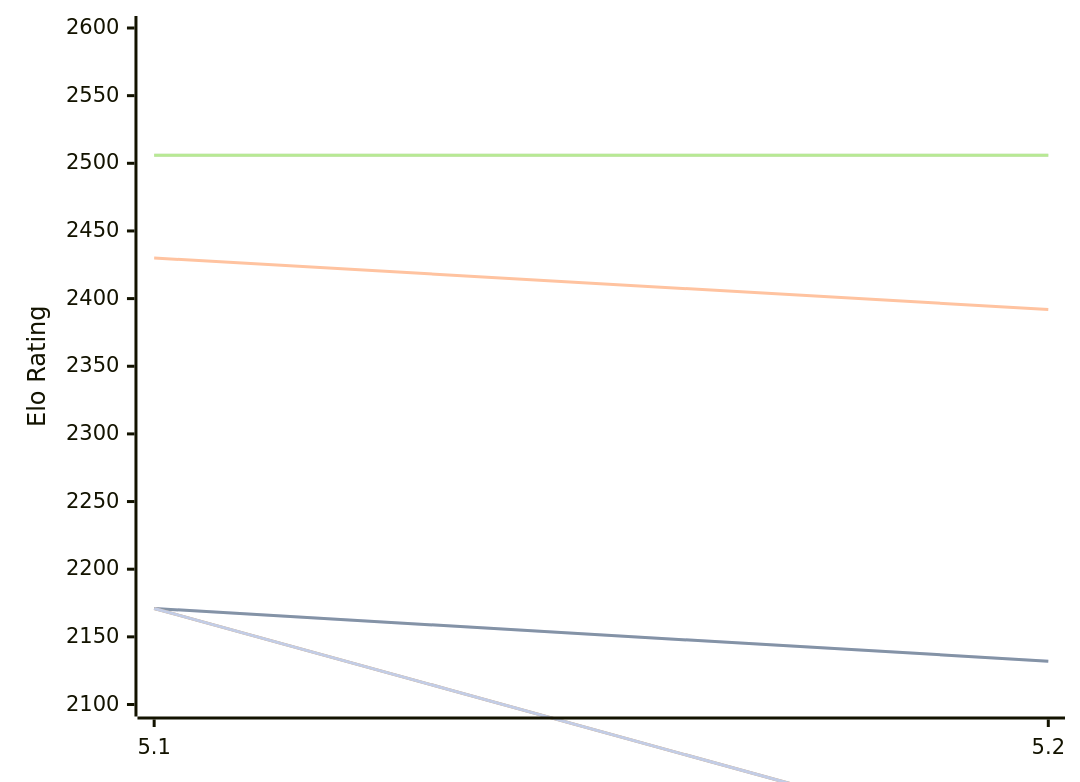
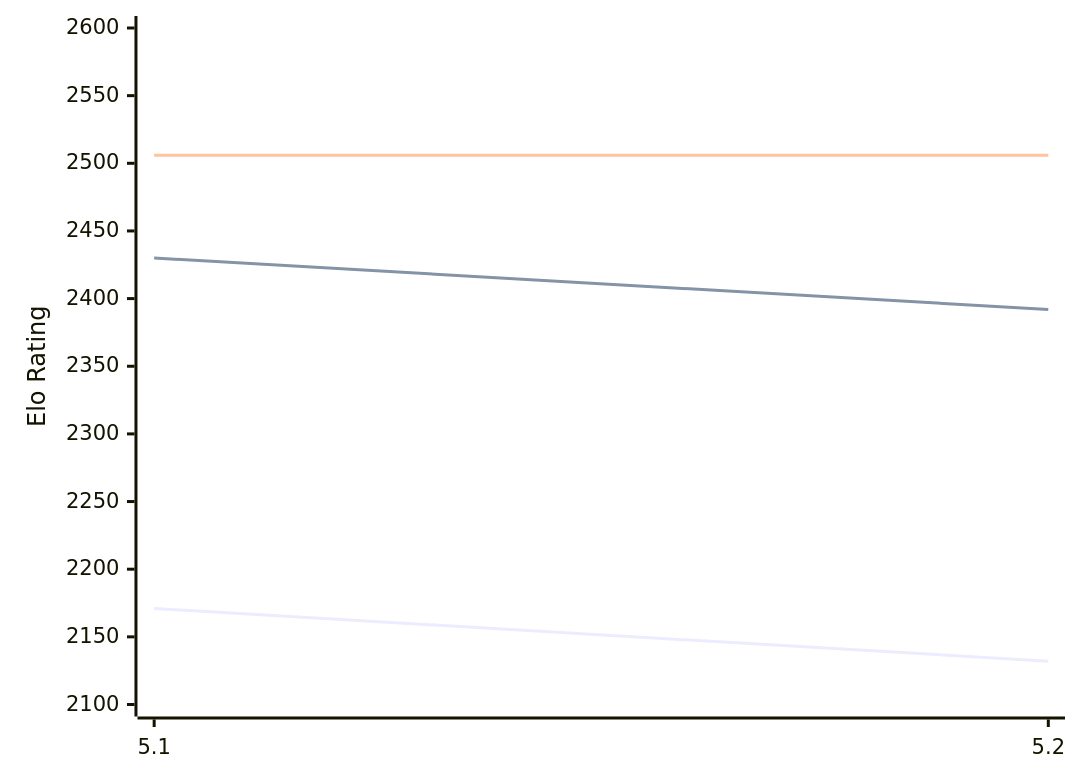
One commit to computer-chess-index/cci changed the diagram in engines/Prophet.md. Above: the diagram before and after it, drawn with Mermaid. The commit also changed other lines of this file, not shown here.

````diff
--- a/engines/Prophet.md
+++ b/engines/Prophet.md
@@ -48,13 +48,9 @@
 ```mermaid
 %%{init: {"theme":"base","themeVariables":{"seriesColors:['#a3a3a3','#222221','#faa371']}}}%%
 xychart-beta
   x-axis ["5.1", "5.2"]
   y-axis "Elo Rating" 2100 --> 2600
-  line "" [2171, 2132]
   line "T1: STC (8.0+0.08s)" [2171, 2132]
   line "T1: LTC (60.0+0.60s)" [2430, 2392]
-  line "" [2506, 2506]
   line "T1: VLTC (2m24s+1.12s)" [2506, 2506]
-  line "" [2171,1989]
-  line "E1: STC (8.0+0.08s)" [2171,1989]
 ```
````
